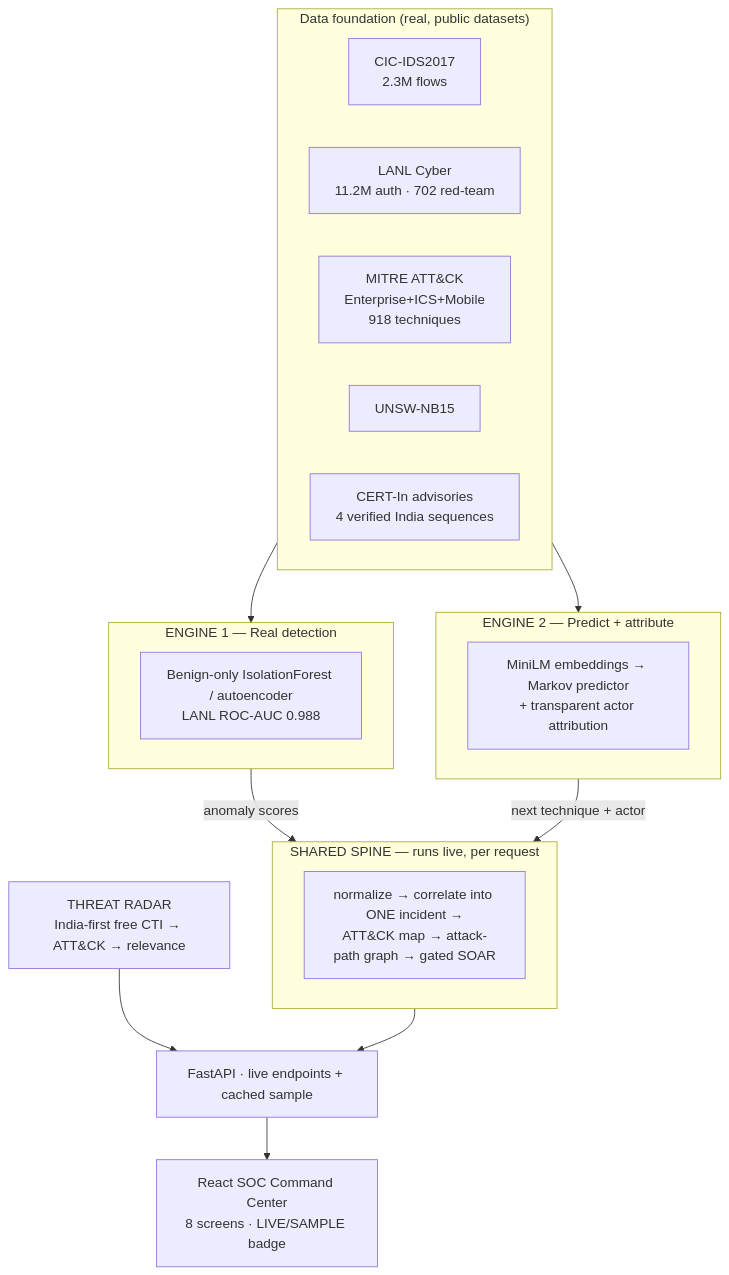
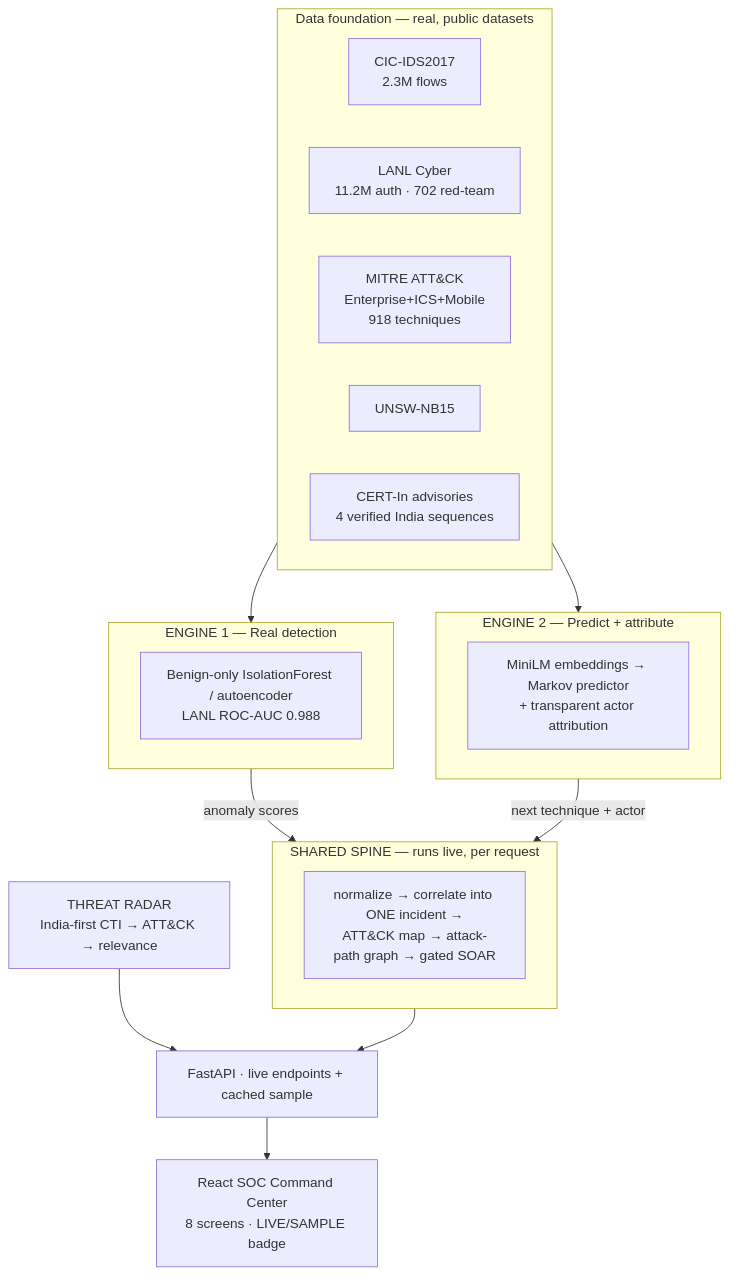
One commit to RishiiGamer2201/resilience-graph-ai changed the third of 4 diagrams in PITCH_DECK.md. Above: the diagram before and after it, drawn with Mermaid. The commit also changed other lines of this file, not shown here.

````diff
--- a/PITCH_DECK.md
+++ b/PITCH_DECK.md
@@ -118,30 +148,30 @@
 ```mermaid
 flowchart TB
-  subgraph DATA["Data foundation (real, public datasets)"]
+  subgraph DATA["Data foundation — real, public datasets"]
     CIC["CIC-IDS2017<br/>2.3M flows"]
     LANL["LANL Cyber<br/>11.2M auth · 702 red-team"]
     ATTACK["MITRE ATT&CK<br/>Enterprise+ICS+Mobile<br/>918 techniques"]
     UNSW["UNSW-NB15"]
     CERTIN["CERT-In advisories<br/>4 verified India sequences"]
   end
 
   subgraph E1["ENGINE 1 — Real detection"]
     IF["Benign-only IsolationForest / autoencoder<br/>LANL ROC-AUC 0.988"]
   end
   subgraph E2["ENGINE 2 — Predict + attribute"]
     PRED["MiniLM embeddings → Markov predictor<br/>+ transparent actor attribution"]
   end
 
   DATA --> E1
   DATA --> E2
 
   subgraph SPINE["SHARED SPINE — runs live, per request"]
     S["normalize → correlate into ONE incident →<br/>ATT&CK map → attack-path graph → gated SOAR"]
   end
   E1 -- "anomaly scores" --> SPINE
   E2 -- "next technique + actor" --> SPINE
 
-  RADAR["THREAT RADAR<br/>India-first free CTI → ATT&CK → relevance"] --> API
+  RADAR["THREAT RADAR<br/>India-first CTI → ATT&CK → relevance"] --> API
   SPINE --> API["FastAPI · live endpoints + cached sample"]
   API --> SPA["React SOC Command Center<br/>8 screens · LIVE/SAMPLE badge"]
 ```
````
